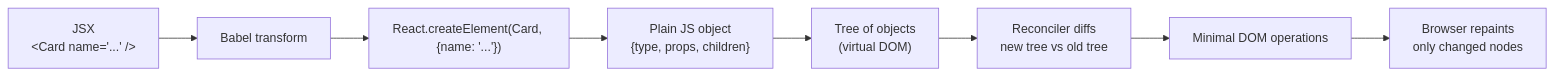
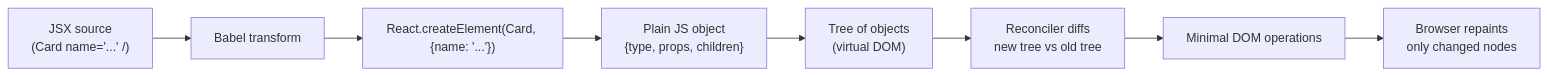
Before and after one commit to saainithil97/truffles-and-tunnels: the diagram in day_3/demo_6/README.md, drawn with Mermaid. The commit also changed 3 other files, not shown here.

First line of the commit message:
demo_1, demo_6: strip HTML entities from inside Mermaid blocks

````diff
--- a/day_3/demo_6/README.md
+++ b/day_3/demo_6/README.md
@@ -43,10 +43,10 @@
 ```mermaid
 flowchart LR
-  A["JSX<br/>&lt;Card name='...' /&gt;"] --> B["Babel transform"]
+  A["JSX source<br/>(Card name='...' /)"] --> B["Babel transform"]
   B --> C["React.createElement(Card, {name: '...'})"]
   C --> D["Plain JS object<br/>{type, props, children}"]
   D --> E["Tree of objects<br/>(virtual DOM)"]
   E --> F["Reconciler diffs<br/>new tree vs old tree"]
   F --> G["Minimal DOM operations"]
   G --> H["Browser repaints<br/>only changed nodes"]
 ```
````
